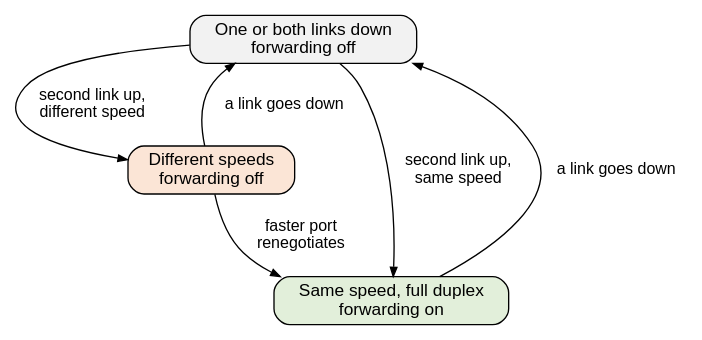
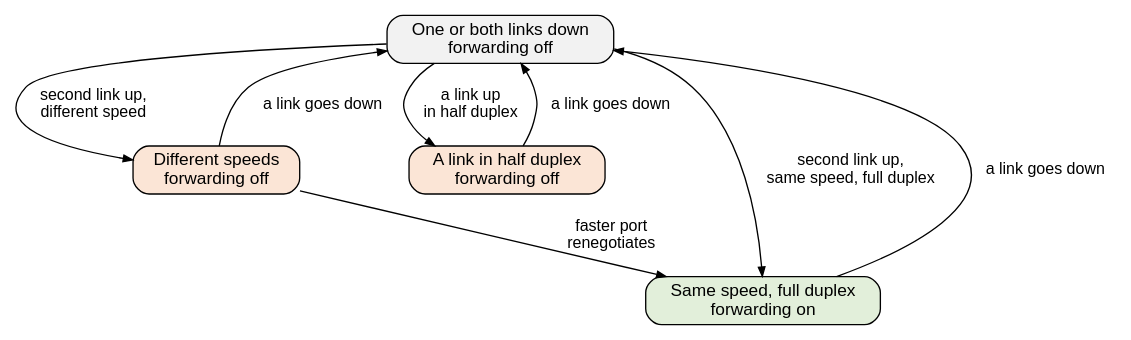
Before and after one commit to mithro/evampire: the diagram in docs/ethernet/rgmii/speed-policy.dot, drawn with Graphviz. The commit also changed 3 other files, not shown here.

First line of the commit message:
Forward only between full-duplex links, and let a restricted port speed up again

```diff
--- a/docs/ethernet/rgmii/speed-policy.dot
+++ b/docs/ethernet/rgmii/speed-policy.dot
@@ -1,21 +1,24 @@
 // How the processor keeps both ports at the same speed.
 //
 // SPDX-License-Identifier: Apache-2.0
 
 digraph speed_policy {
     graph [rankdir=TB, fontname="Helvetica", fontsize=14, nodesep=0.5,
            ranksep=0.5];
     node  [shape=box, style="rounded,filled", fillcolor="#f2f2f2",
            fontname="Helvetica", fontsize=13];
     edge  [fontname="Helvetica", fontsize=12, arrowsize=0.7];
 
     down  [label="One or both links down\nforwarding off"];
     diff  [label="Different speeds\nforwarding off", fillcolor="#fbe5d6"];
+    half  [label="A link in half duplex\nforwarding off", fillcolor="#fbe5d6"];
     same  [label="Same speed, full duplex\nforwarding on", fillcolor="#e2efda"];
 
-    down -> same [label="  second link up,\n  same speed"];
+    down -> same [label="  second link up,\n  same speed, full duplex"];
+    down -> half [label="  a link up\n  in half duplex"];
     down -> diff [label="  second link up,\n  different speed"];
     diff -> same [label="  faster port\n  renegotiates"];
     same -> down [label="  a link goes down"];
     diff -> down [label="  a link goes down"];
+    half -> down [label="  a link goes down"];
 }
```
